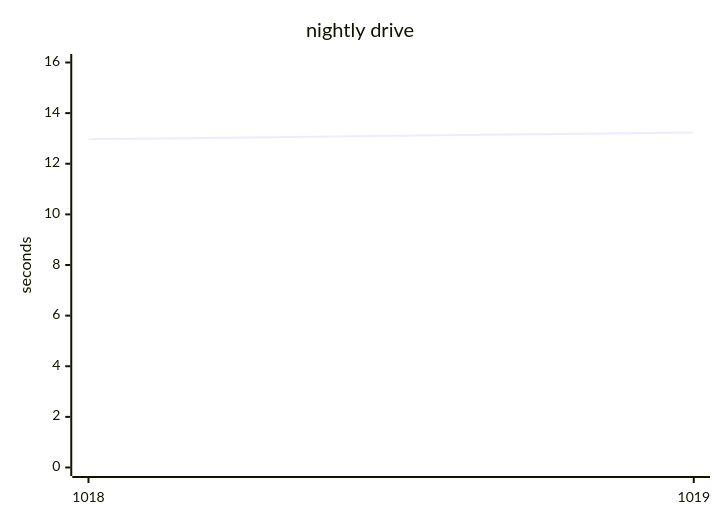
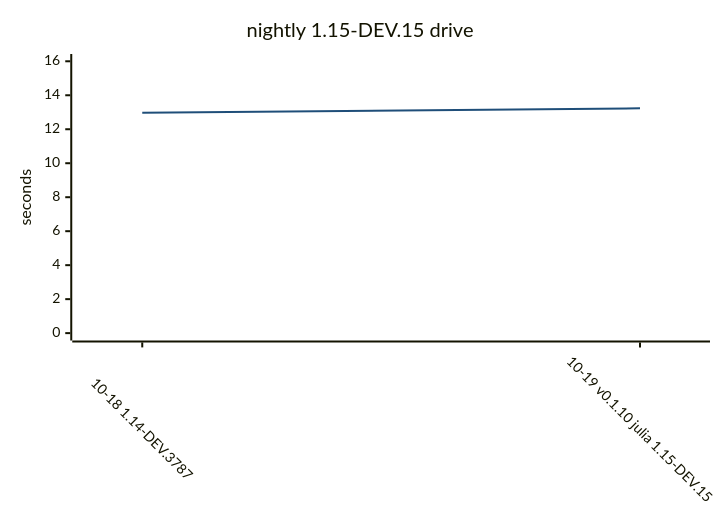
One commit to yamanori99/DistSSHRun.jl changed the ninth of 9 diagrams in README.md. Above: the diagram before and after it, drawn with Mermaid. The commit also changed other lines of this file and 1 other file, not shown here.

Commit message:
Record compile bench for 1.14-nightly.

````diff
--- a/README.md
+++ b/README.md
@@ -222,7 +304,17 @@
 ```mermaid
+---
+config:
+  theme: base
+  themeVariables:
+    xyChart:
+      plotColorPalette: "#1f4e79"
+  xyChart:
+    xAxis:
+      labelRotation: 45
+---
 xychart-beta
-    title "nightly drive"
-    x-axis ["1018", "1019"]
+    title "nightly 1.15-DEV.15 drive"
+    x-axis ["10-18 1.14-DEV.3787", "10-19 v0.1.10 julia 1.15-DEV.15"]
     y-axis "seconds" 0 --> 16
     line [12.97, 13.23]
 ```
````
